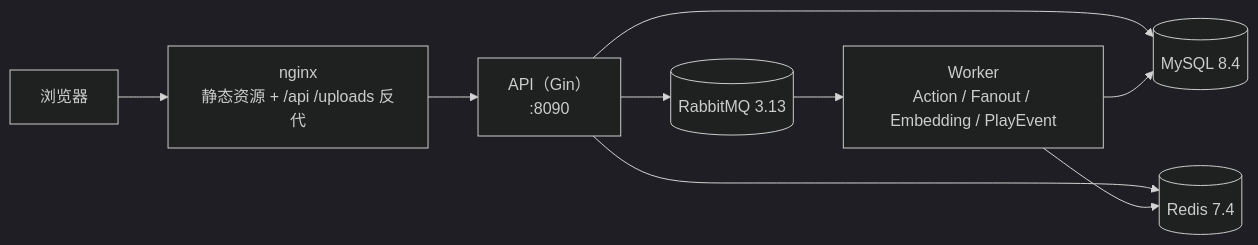
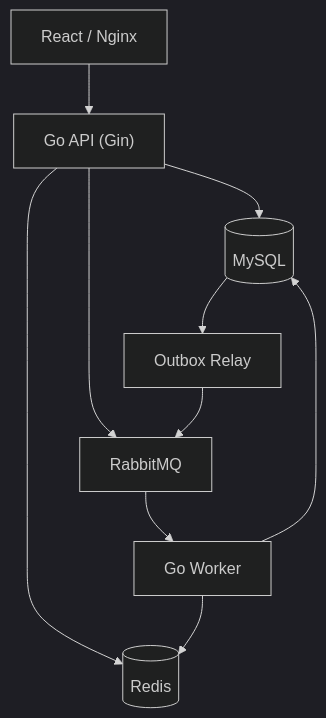
Before and after one commit to waiting2050/PulseFeed: the diagram in README.md, drawn with Mermaid (dark theme). The commit also changed other lines of this file and 10 other files, not shown here.

````diff
--- a/README.md
+++ b/README.md
@@ -46,11 +29,12 @@
 ```mermaid
-flowchart LR
-  B["浏览器"] --> N["nginx<br/>静态资源 + /api /uploads 反代"]
-  N --> A["API（Gin）<br/>:8090"]
-  A --> M[("MySQL 8.4")]
-  A --> R[("Redis 7.4")]
-  A --> Q[("RabbitMQ 3.13")]
-  Q --> W["Worker<br/>Action / Fanout / Embedding / PlayEvent"]
-  W --> M
-  W --> R
+flowchart TD
+    Web["React / Nginx"] --> API["Go API (Gin)"]
+    API --> DB[("MySQL")]
+    API --> Cache[("Redis")]
+    API --> MQ["RabbitMQ"]
+    DB --> Relay["Outbox Relay"]
+    Relay --> MQ
+    MQ --> Worker["Go Worker"]
+    Worker --> DB
+    Worker --> Cache
 ```
````
